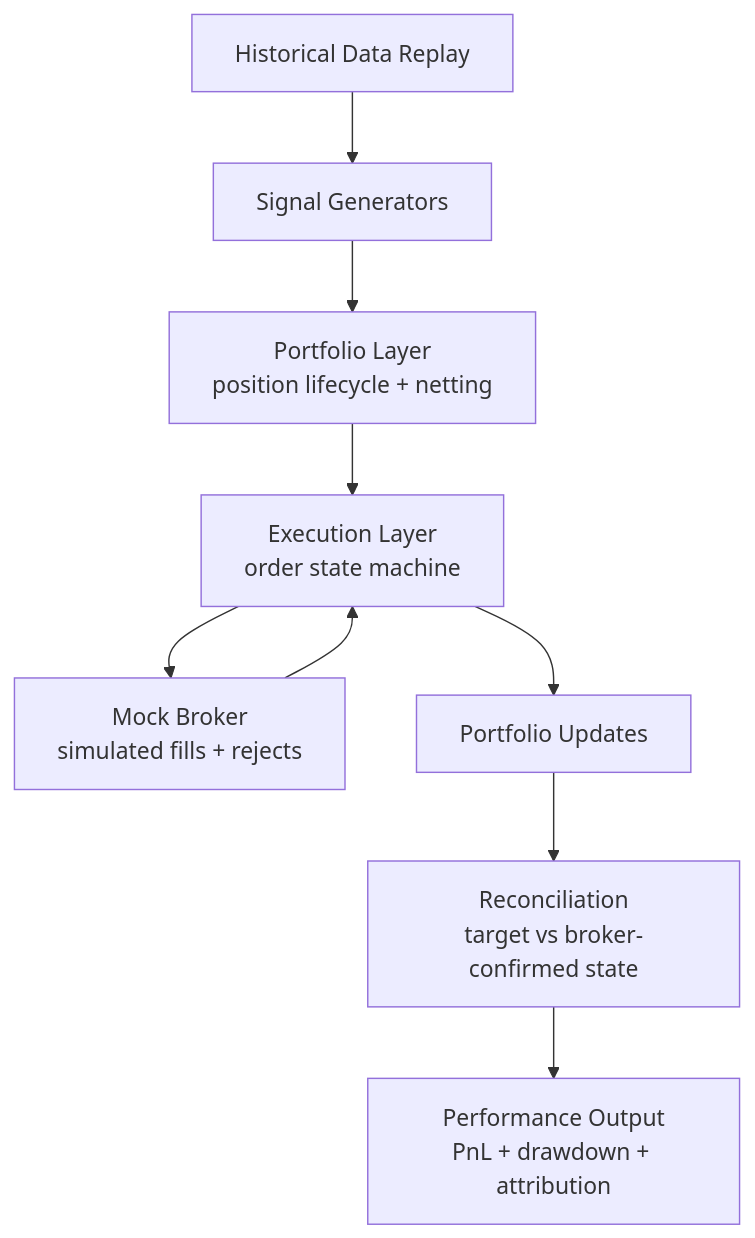
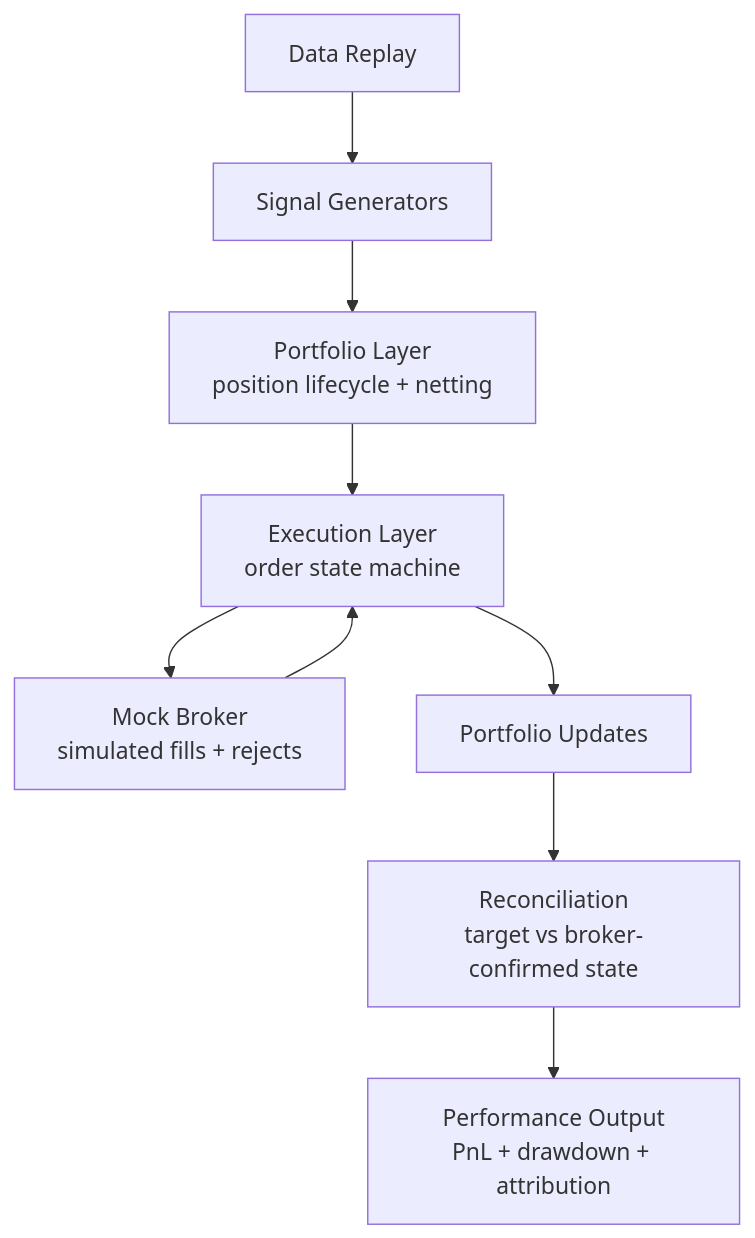
The diagram in README.md (JX-Shen/systematic-trading-infra-demo), drawn with Mermaid before and after one commit. The commit also changed 3 other files, not shown here.

````diff
--- a/README.md
+++ b/README.md
@@ -50,11 +50,11 @@
 ```mermaid
 flowchart TD
-    A["Historical Data Replay"] --> B["Signal Generators"]
+    A["Data Replay"] --> B["Signal Generators"]
     B --> C["Portfolio Layer<br/>position lifecycle + netting"]
     C --> D["Execution Layer<br/>order state machine"]
     D --> E["Mock Broker<br/>simulated fills + rejects"]
     E --> D
     D --> F["Portfolio Updates"]
     F --> G["Reconciliation<br/>target vs broker-confirmed state"]
     G --> H["Performance Output<br/>PnL + drawdown + attribution"]
 ```
````
